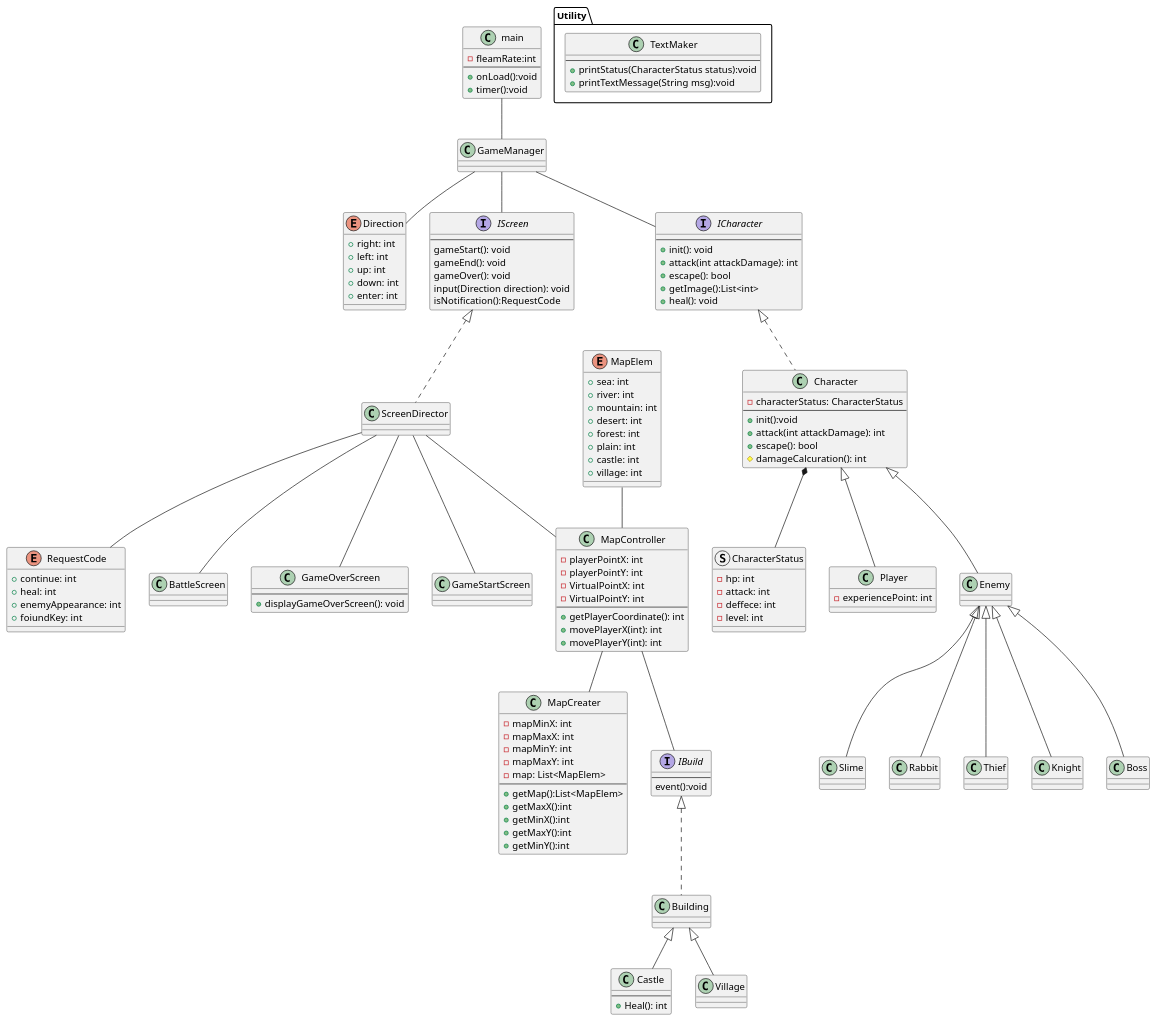
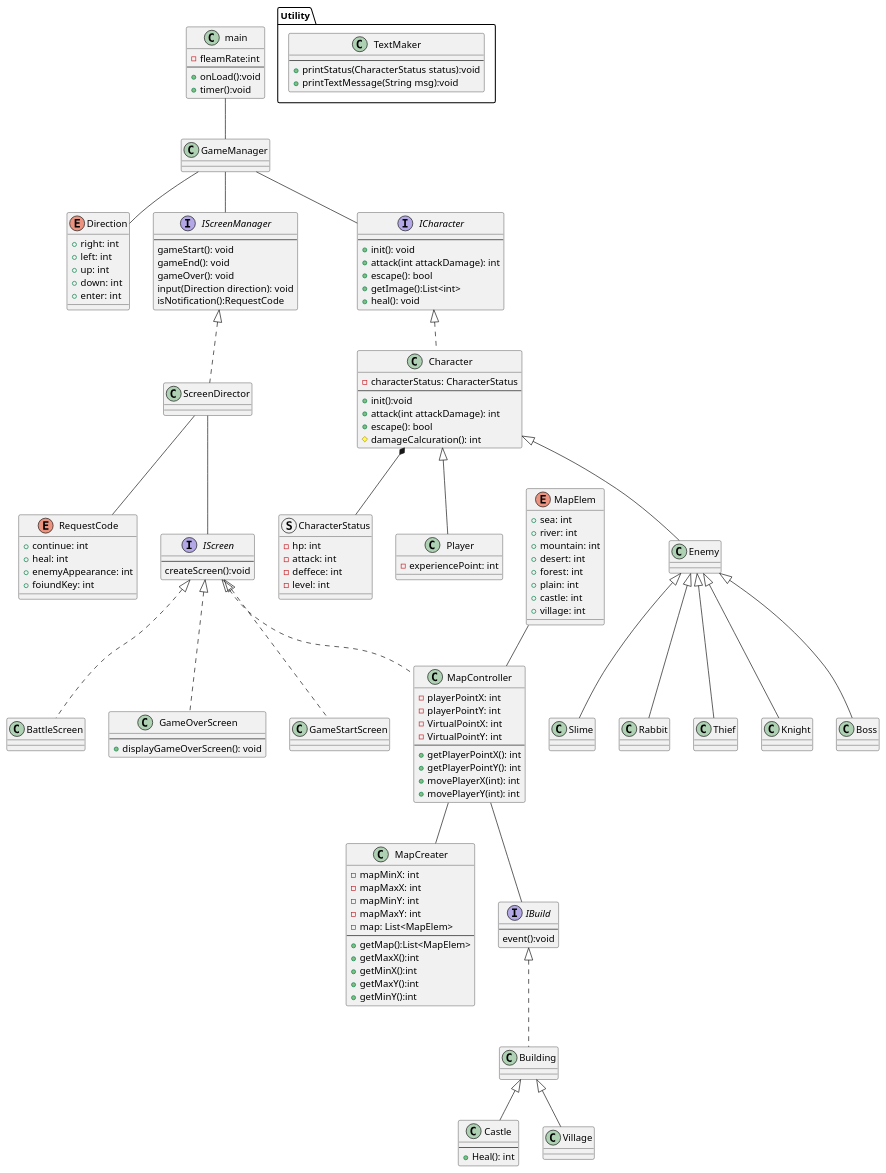
One commit to yudai19990419/ScriptGame2D changed the diagram in design/class_design.pu. Above: the diagram before and after it, drawn with PlantUML. The commit also changed 13 other files, not shown here.

```diff
--- a/design/class_design.pu
+++ b/design/class_design.pu
@@ -19,7 +19,7 @@
     +enter: int
 }
 
-interface IScreen {
+interface IScreenManager {
     --
     gameStart(): void
     gameEnd(): void
@@ -39,13 +39,19 @@
     +foiundKey: int
 }
 
+interface IScreen {
+    --
+    createScreen():void
+}
+
 class MapController {
     -playerPointX: int
     -playerPointY: int
     -VirtualPointX: int
     -VirtualPointY: int
     --
-    +getPlayerCoordinate(): int
+    +getPlayerPointX(): int
+    +getPlayerPointY(): int
     +movePlayerX(int): int
     +movePlayerY(int): int  
 }
@@ -168,15 +174,16 @@
 }
 
 main -- GameManager
-GameManager -- IScreen
+GameManager -- IScreenManager
 GameManager -- ICharacter
 GameManager -- Direction
 
-IScreen <|.. ScreenDirector
-ScreenDirector -- BattleScreen
-ScreenDirector -- GameOverScreen
-ScreenDirector -- GameStartScreen
-ScreenDirector -- MapController
+IScreenManager <|.. ScreenDirector
+ScreenDirector -- IScreen
+IScreen <|.. BattleScreen
+IScreen <|.. GameOverScreen
+IScreen <|.. GameStartScreen
+IScreen <|.. MapController
 ScreenDirector -- RequestCode
 MapController -- MapCreater
 MapController -- IBuild
```
